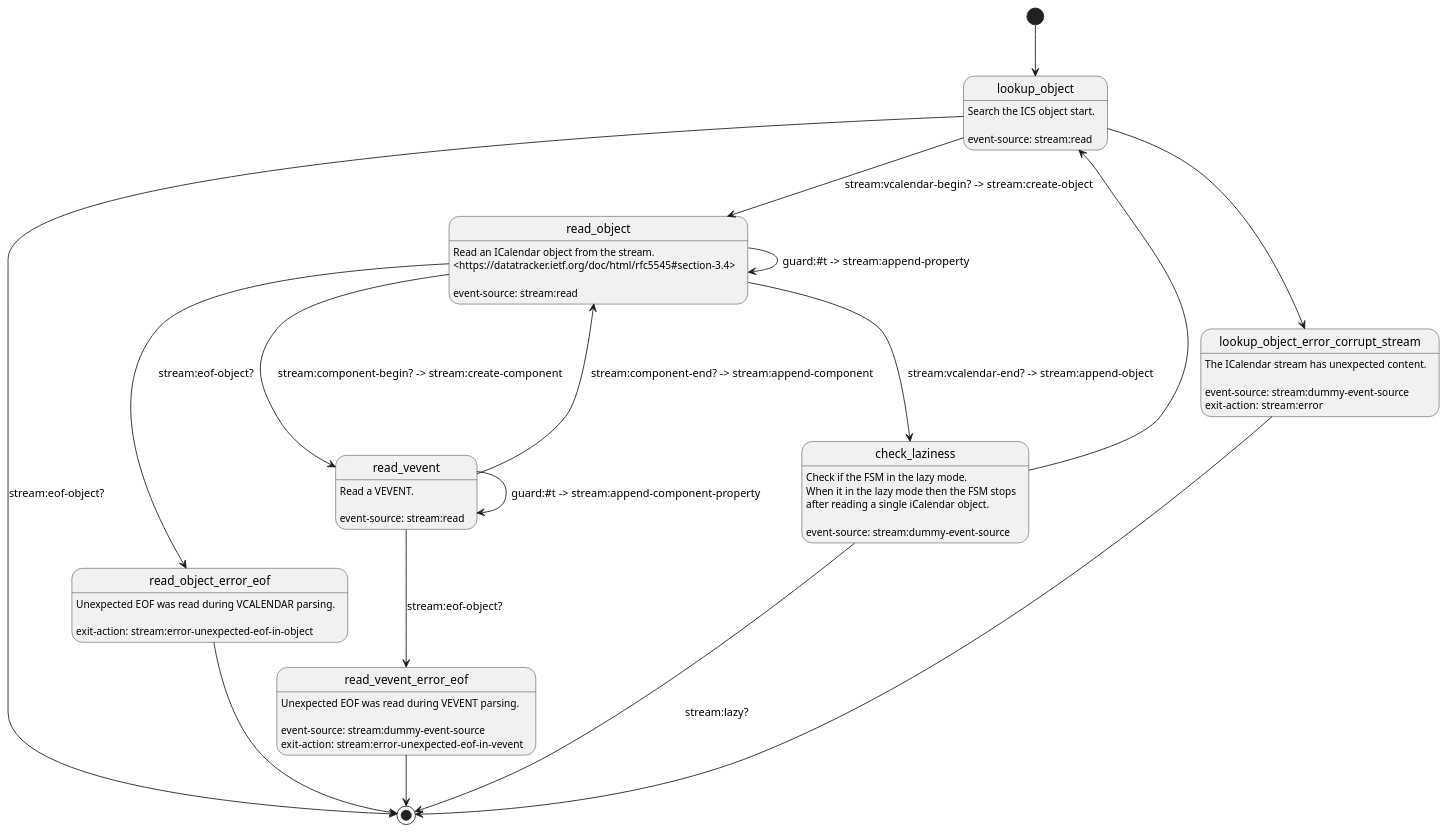
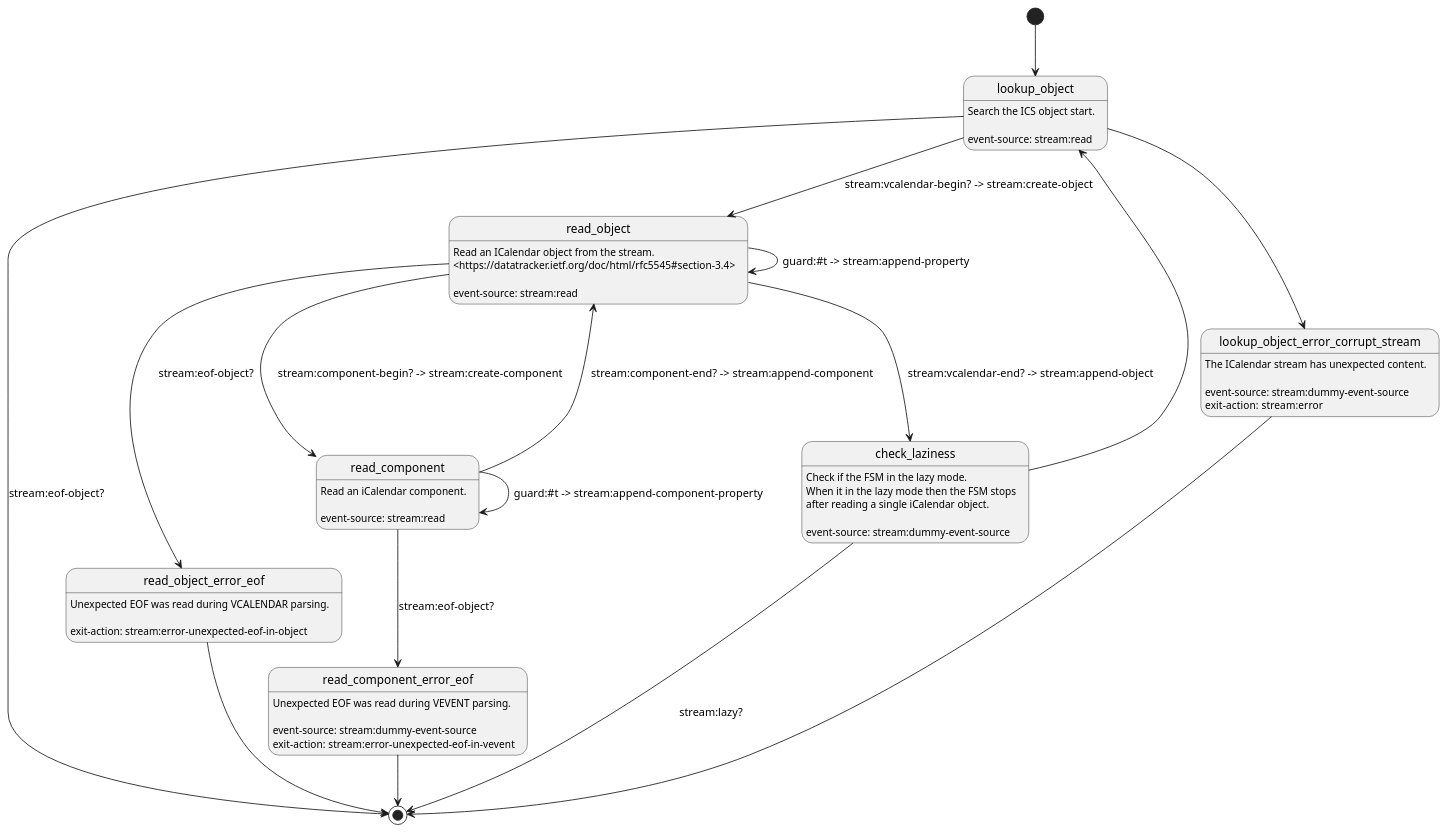
One commit to artyom-poptsov/guile-ics changed the diagram in modules/ics/fsm/stream-parser.puml. Above: the diagram before and after it, drawn with PlantUML.

Commit message:
ics/fsm/stream-parser.puml (read_vevent): Rename
* modules/ics/fsm/stream-parser.puml (read_vevent): Rename to "read_component".

```diff
--- a/modules/ics/fsm/stream-parser.puml
+++ b/modules/ics/fsm/stream-parser.puml
@@ -1,52 +1,52 @@
 @startuml
 [*] --> lookup_object
 
 lookup_object: Search the ICS object start.
 lookup_object:
 lookup_object: event-source: stream:read
 lookup_object --> [*]:         stream:eof-object?
 lookup_object --> read_object: stream:vcalendar-begin? -> stream:create-object
 lookup_object --> lookup_object_error_corrupt_stream
 
 lookup_object_error_corrupt_stream: The ICalendar stream has unexpected content.
 lookup_object_error_corrupt_stream:
 lookup_object_error_corrupt_stream: event-source: stream:dummy-event-source
 lookup_object_error_corrupt_stream: exit-action:  stream:error
 lookup_object_error_corrupt_stream --> [*]
 
 read_object: Read an ICalendar object from the stream.
 read_object: <https://datatracker.ietf.org/doc/html/rfc5545#section-3.4>
 read_object:
 read_object: event-source: stream:read
 read_object --> read_object_error_eof:  stream:eof-object?
 read_object --> check_laziness:         stream:vcalendar-end? -> stream:append-object
-read_object --> read_vevent:            stream:component-begin? -> stream:create-component
+read_object --> read_component:            stream:component-begin? -> stream:create-component
 read_object --> read_object:            guard:#t -> stream:append-property
 
 check_laziness: Check if the FSM in the lazy mode.
 check_laziness: When it in the lazy mode then the FSM stops
 check_laziness: after reading a single iCalendar object.
 check_laziness:
 check_laziness: event-source: stream:dummy-event-source
 check_laziness --> [*]: stream:lazy?
 check_laziness --> lookup_object
 
 read_object_error_eof: Unexpected EOF was read during VCALENDAR parsing.
 read_object_error_eof:
 read_object_error_eof: exit-action: stream:error-unexpected-eof-in-object
 read_object_error_eof -> [*]
 
-read_vevent: Read a VEVENT.
-read_vevent:
-read_vevent: event-source: stream:read
-read_vevent --> read_vevent_error_eof:  stream:eof-object?
-read_vevent --> read_object:            stream:component-end? -> stream:append-component
-read_vevent --> read_vevent:            guard:#t -> stream:append-component-property
+read_component: Read an iCalendar component.
+read_component:
+read_component: event-source: stream:read
+read_component --> read_component_error_eof:  stream:eof-object?
+read_component --> read_object:               stream:component-end? -> stream:append-component
+read_component --> read_component:            guard:#t -> stream:append-component-property
 
-read_vevent_error_eof: Unexpected EOF was read during VEVENT parsing.
-read_vevent_error_eof:
-read_vevent_error_eof: event-source: stream:dummy-event-source
-read_vevent_error_eof: exit-action:  stream:error-unexpected-eof-in-vevent
-read_vevent_error_eof --> [*]
+read_component_error_eof: Unexpected EOF was read during VEVENT parsing.
+read_component_error_eof:
+read_component_error_eof: event-source: stream:dummy-event-source
+read_component_error_eof: exit-action:  stream:error-unexpected-eof-in-vevent
+read_component_error_eof --> [*]
 
 @enduml
```
